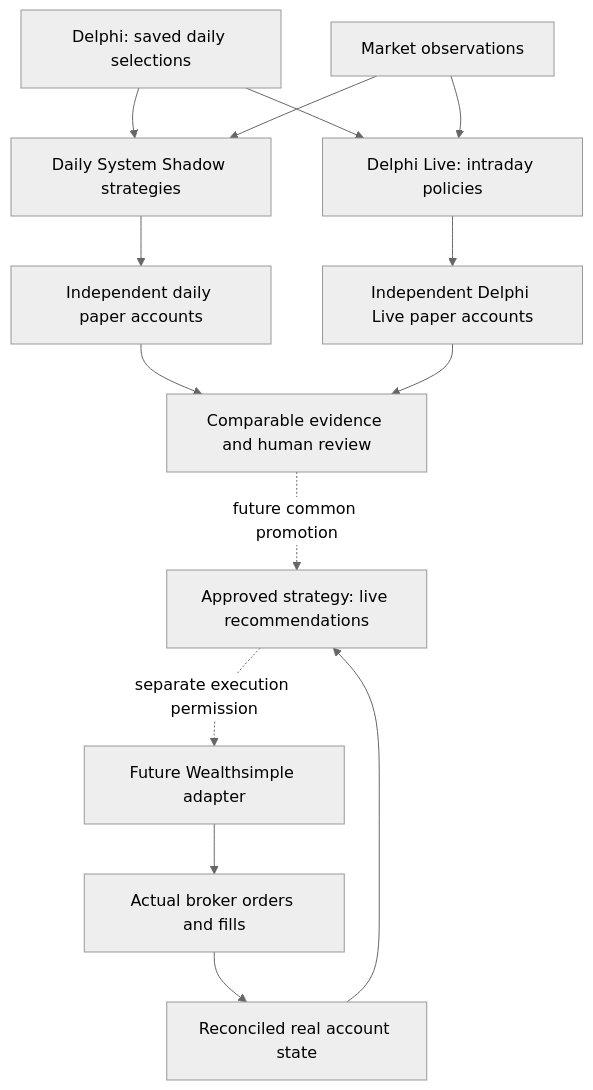
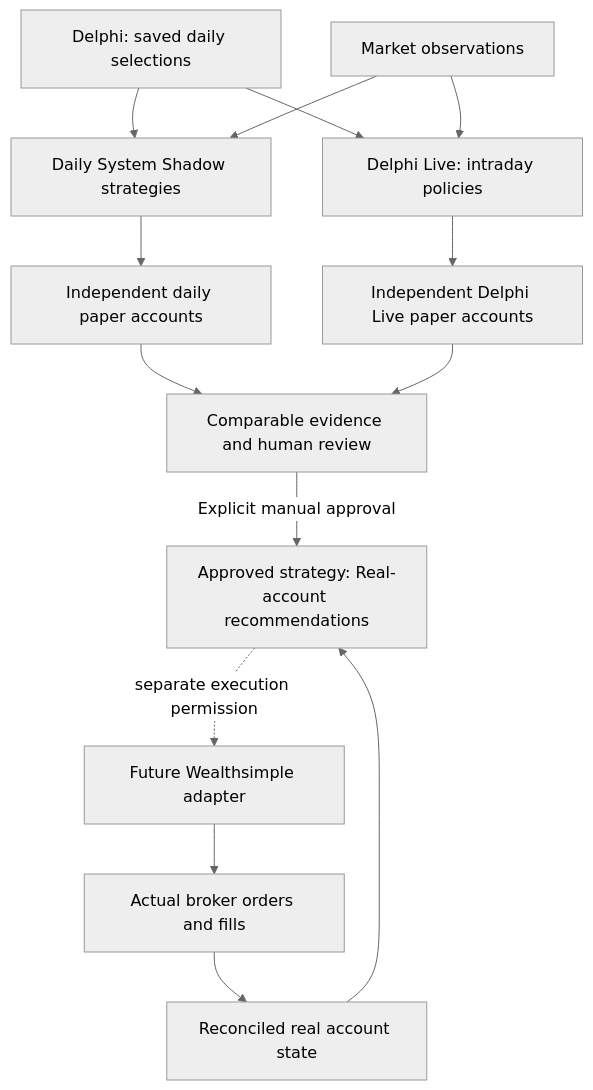
One commit to JosephMawer/TraderVI changed the diagram in Docs/concepts/strategy-promotion-and-execution.md. Above: the diagram before and after it, drawn with Mermaid (neutral theme). The commit also changed other lines of this file and 54 other files, not shown here.

````diff
--- a/Docs/concepts/strategy-promotion-and-execution.md
+++ b/Docs/concepts/strategy-promotion-and-execution.md
@@ -15,16 +19,16 @@
 ```mermaid
 flowchart TD
     D[Delphi: saved daily selections] --> S[Daily System Shadow strategies]
     D --> L[Delphi Live: intraday policies]
     M[Market observations] --> S
     M --> L
     S --> SP[Independent daily paper accounts]
     L --> LP[Independent Delphi Live paper accounts]
     SP --> E[Comparable evidence and human review]
     LP --> E
-    E -. future common promotion .-> R[Approved strategy: live recommendations]
+    E -->|Explicit manual approval| R[Approved strategy: Real-account recommendations]
     R -. separate execution permission .-> B[Future Wealthsimple adapter]
     B --> A[Actual broker orders and fills]
     A --> C[Reconciled real account state]
     C --> R
 ```
````
